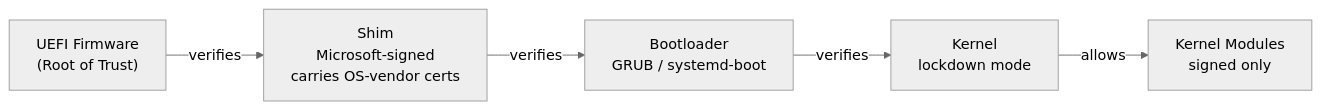
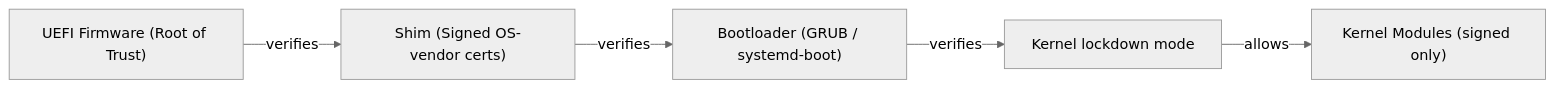
The first of 2 diagrams in book/chapters/07_confidential_vms.md (confidential-devhub/cc-book), drawn with Mermaid (neutral theme) before and after one commit. The commit also changed other lines of this file and 17 other files, not shown here.

````diff
--- a/book/chapters/07_confidential_vms.md
+++ b/book/chapters/07_confidential_vms.md
@@ -67,13 +71,13 @@
 ```{mermaid}
 flowchart LR
-    FW["UEFI Firmware\n(Root of Trust)"]
-    SH["Shim\nMicrosoft-signed\ncarries OS-vendor certs"]
-    BL["Bootloader\nGRUB / systemd-boot"]
-    KN["Kernel\nlockdown mode"]
-    MOD["Kernel Modules\nsigned only"]
+    FW["UEFI Firmware (Root of Trust)"]
+    SH["Shim (Signed OS-vendor certs)"]
+    BL["Bootloader (GRUB / systemd-boot)"]
+    KN["Kernel lockdown mode"]
+    MOD["Kernel Modules (signed only)"]
 
     FW -->|verifies| SH
     SH -->|verifies| BL
     BL -->|verifies| KN
     KN -->|allows| MOD
 ```
````
